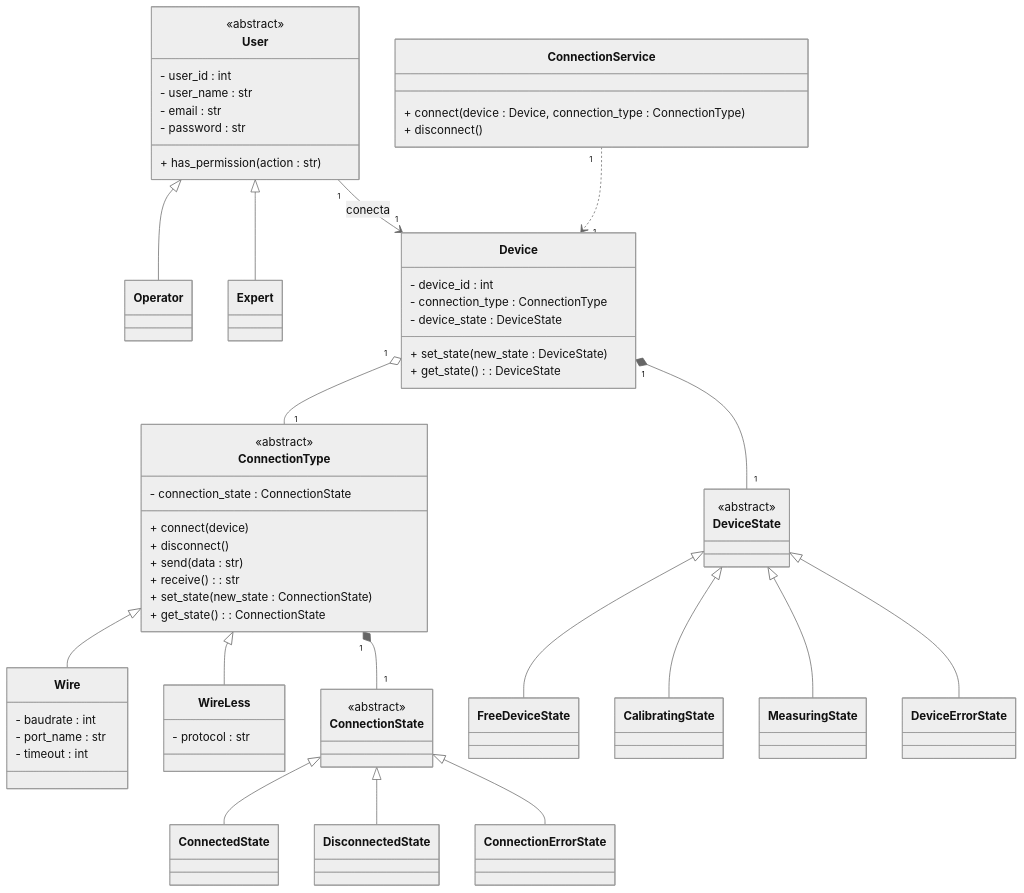
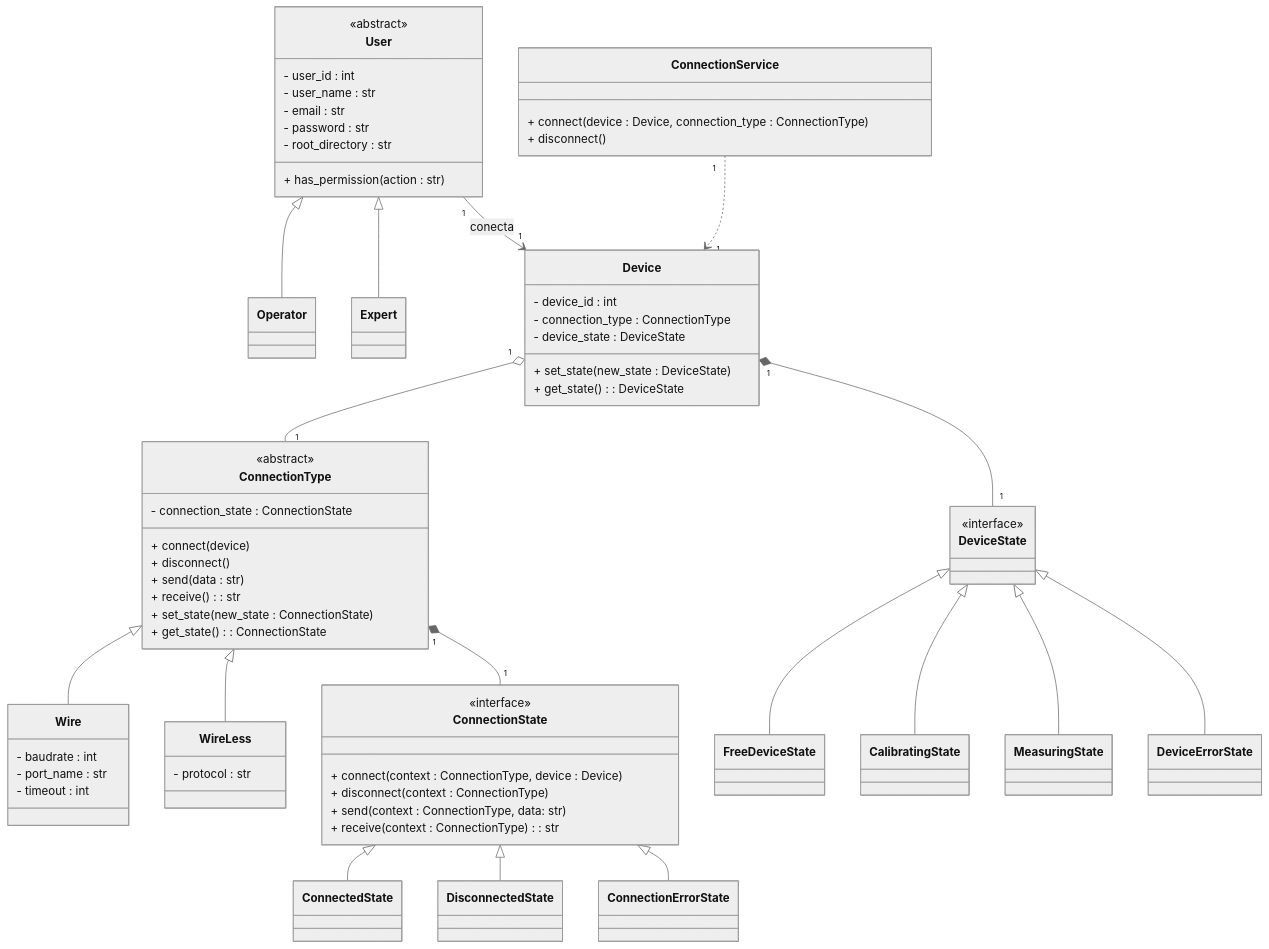
Before and after one commit to alegrelias/Repo-GMini: diagram 13 of 22 in Gmini-MarkDown/Guanaco Mini.md, drawn with Mermaid (neutral theme). The commit also changed other lines of this file, not shown here.

```diff
--- a/Gmini-MarkDown/Guanaco Mini.md
+++ b/Gmini-MarkDown/Guanaco Mini.md
@@ -1260,13 +1275,14 @@
 }
 
 class User {
-        <<abstract>>
-        - user_id : int
-        - user_name : str
-        - email : str
-        - password : str
-        + has_permission(action : str)
-    }
+	<<abstract>>
+	- user_id : int
+	- user_name : str
+	- email : str
+	- password : str
+	- root_directory : str
+	+ has_permission(action : str)
+}
     
 class Operator{
 
@@ -1289,7 +1305,7 @@
 }
 
 class DeviceState{
-		<<abstract>>
+		<<interface>>
 	}
 class FreeDeviceState
 class CalibratingState
@@ -1297,7 +1313,11 @@
 class DeviceErrorState
 	
 class ConnectionState{
-		<<abstract>>
+		<<interface>>
+		+ connect(context : ConnectionType, device : Device)
+		+ disconnect(context : ConnectionType)
+		+ send(context : ConnectionType, data: str)
+		+ receive(context : ConnectionType) : str
 	}
 class ConnectedState
 class DisconnectedState
```
